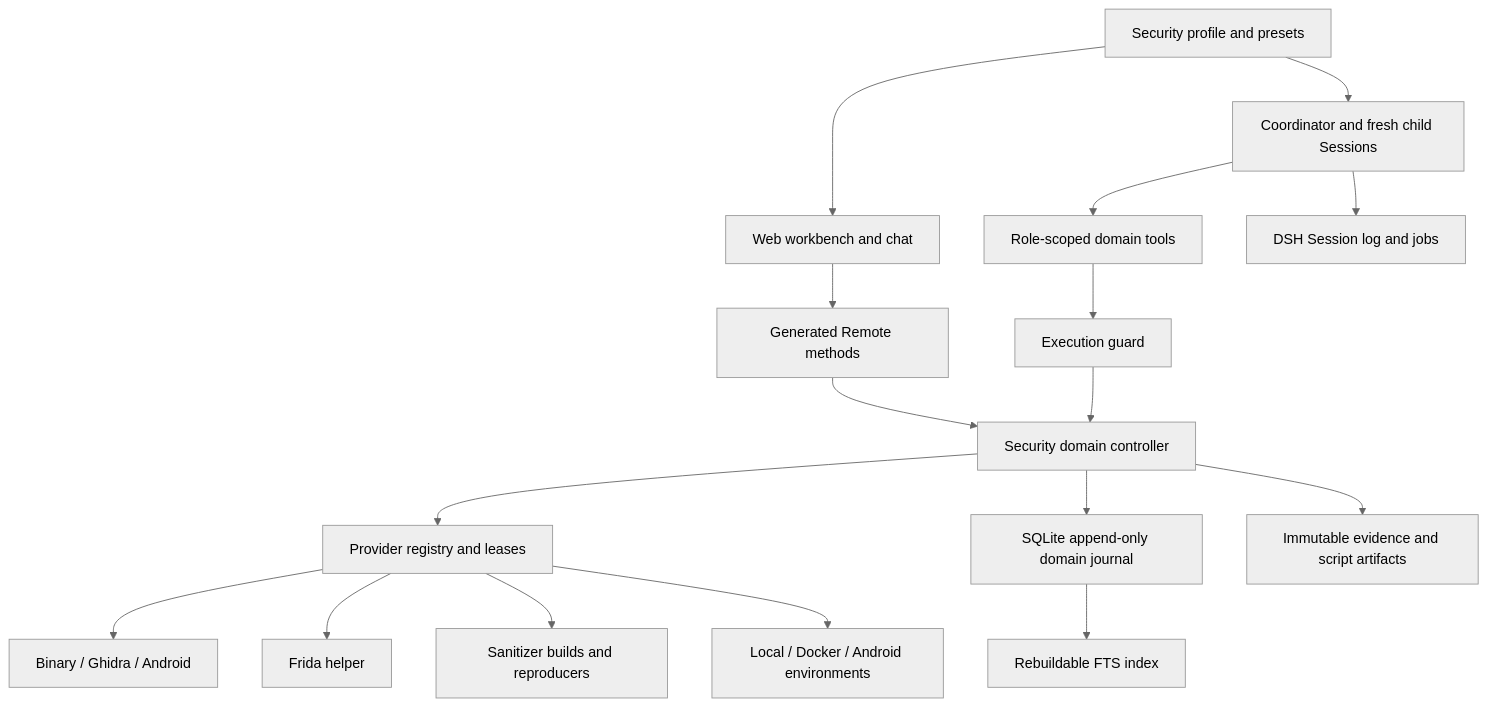
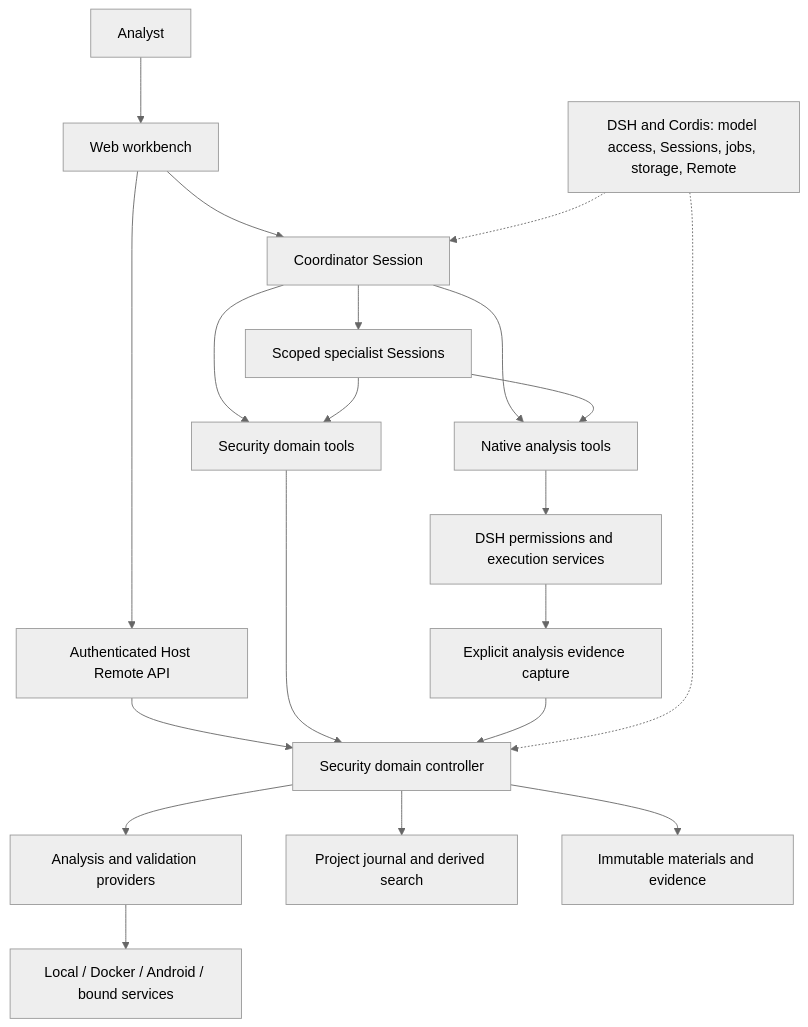
Before and after one commit to ZhouJoer/seclab-dsh: the first of 2 diagrams in docs/security-architecture.md, drawn with Mermaid (neutral theme). The commit also changed other lines of this file and 9 other files, not shown here.

Commit message:
docs: define security research workbench and rc0.0.2 baseline

````diff
--- a/docs/security-architecture.md
+++ b/docs/security-architecture.md
@@ -26,19 +42,22 @@
 ```mermaid
-flowchart TD
-  Profile[Security profile and presets] --> UI[Web workbench and chat]
-  Profile --> Roles[Coordinator and fresh child Sessions]
-  UI --> Remote[Generated Remote methods]
-  Roles --> Tools[Role-scoped domain tools]
+flowchart TB
+  Analyst[Analyst] --> UI[Web workbench]
+  UI --> Remote[Authenticated Host Remote API]
+  UI --> Coordinator[Coordinator Session]
+  Coordinator --> Specialists[Scoped specialist Sessions]
+  Coordinator --> Tools[Security domain tools]
+  Specialists --> Tools
   Remote --> Domain[Security domain controller]
-  Tools --> Guard[Execution guard]
-  Guard --> Domain
-  Domain --> Registry[Provider registry and leases]
-  Registry --> Static[Binary / Ghidra / Android]
-  Registry --> Dynamic[Frida helper]
-  Registry --> Mining[Sanitizer builds and reproducers]
-  Registry --> Environment[Local / Docker / Android environments]
-  Domain --> Journal[SQLite append-only domain journal]
-  Domain --> Artifacts[Immutable evidence and script artifacts]
-  Journal --> Index[Rebuildable FTS index]
-  Roles --> Sessions[DSH Session log and jobs]
+  Tools --> Domain
+  Domain --> Providers[Analysis and validation providers]
+  Providers --> Environments[Local / Docker / Android / bound services]
+  Domain --> Journal[Project journal and derived search]
+  Domain --> Artifacts[Immutable materials and evidence]
+  Coordinator --> Native[Native analysis tools]
+  Specialists --> Native
+  Native --> Runtime[DSH permissions and execution services]
+  Runtime --> Capture[Explicit analysis evidence capture]
+  Capture --> Domain
+  Foundation[DSH and Cordis: model access, Sessions, jobs, storage, Remote] -.-> Domain
+  Foundation -.-> Coordinator
 ```
````
